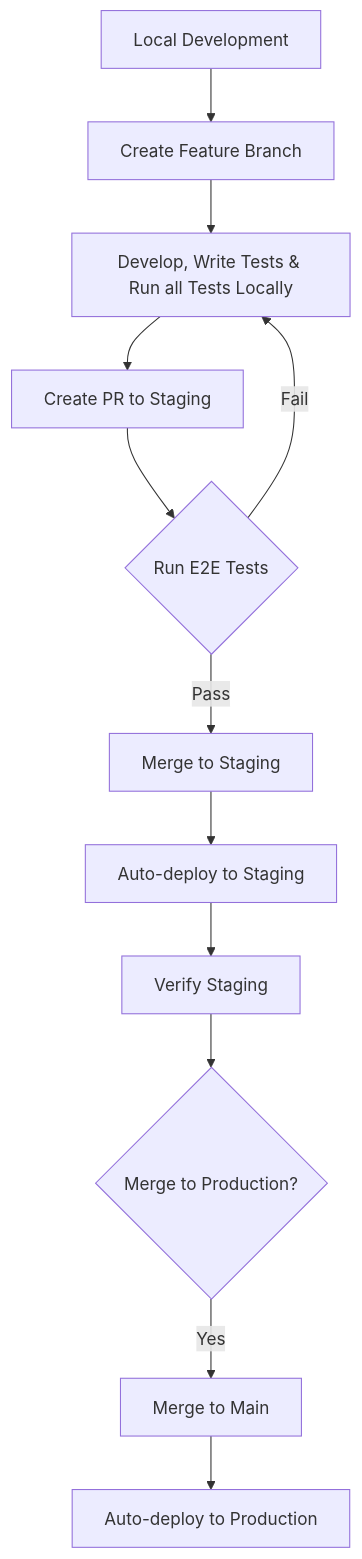
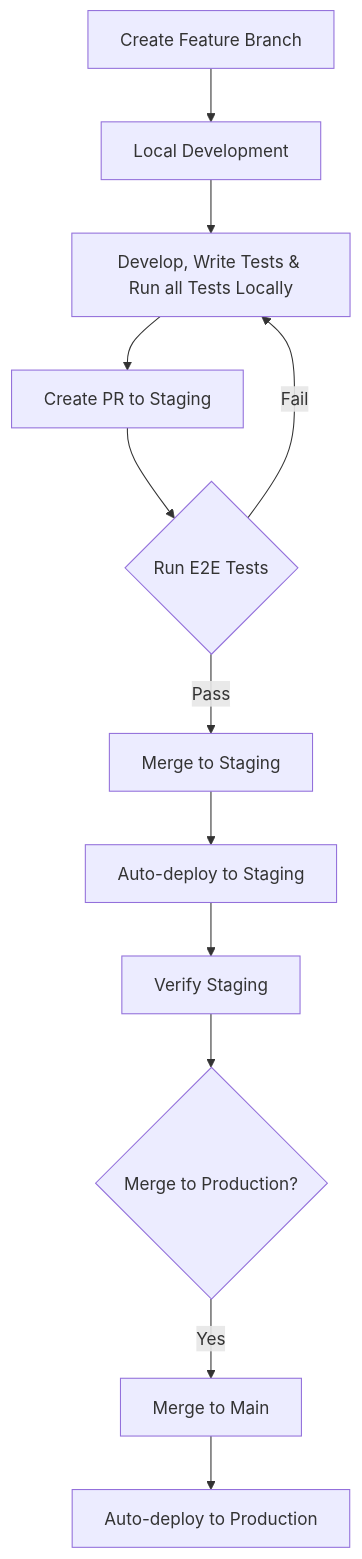
One commit to tao101/Self-Hosted-Next.js-Supabase-Fullstack-Starter-Template changed the third of 5 diagrams in architecture.md. Above: the diagram before and after it, drawn with Mermaid.

Commit message:
Swap order of local development steps in workflow diagram
- Reorder development workflow diagram to show feature branch creation before local development
- Maintain logical progression of development process steps

````diff
--- a/architecture.md
+++ b/architecture.md
@@ -99,14 +99,14 @@
 ```mermaid
 graph TD
-    A[Local Development] --> B[Create Feature Branch]
+    A[Create Feature Branch] --> B[Local Development]
     B --> C[Develop, Write Tests & Run all Tests Locally]
     C --> D[Create PR to Staging]
     D --> E{Run E2E Tests}
     E -->|Pass| F[Merge to Staging]
     E -->|Fail| C
     F --> G[Auto-deploy to Staging]
     G --> H[Verify Staging]
     H --> I{Merge to Production?}
     I -->|Yes| J[Merge to Main]
     J --> K[Auto-deploy to Production]
 ```
````
